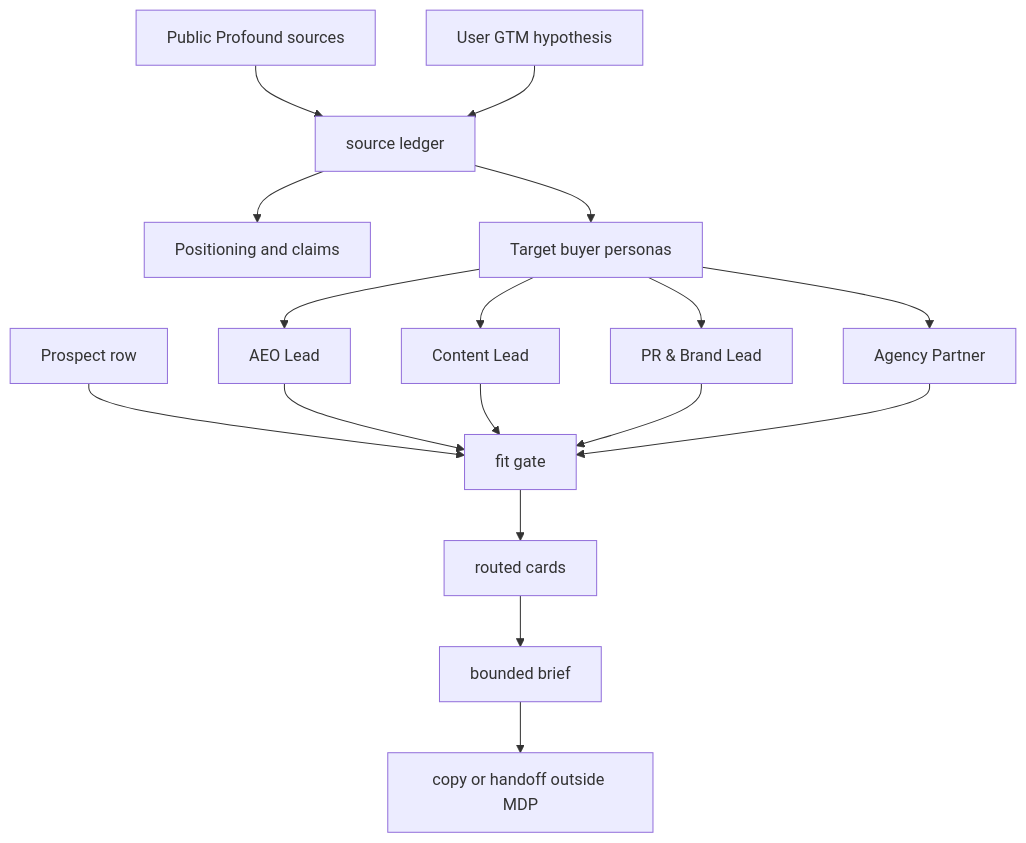
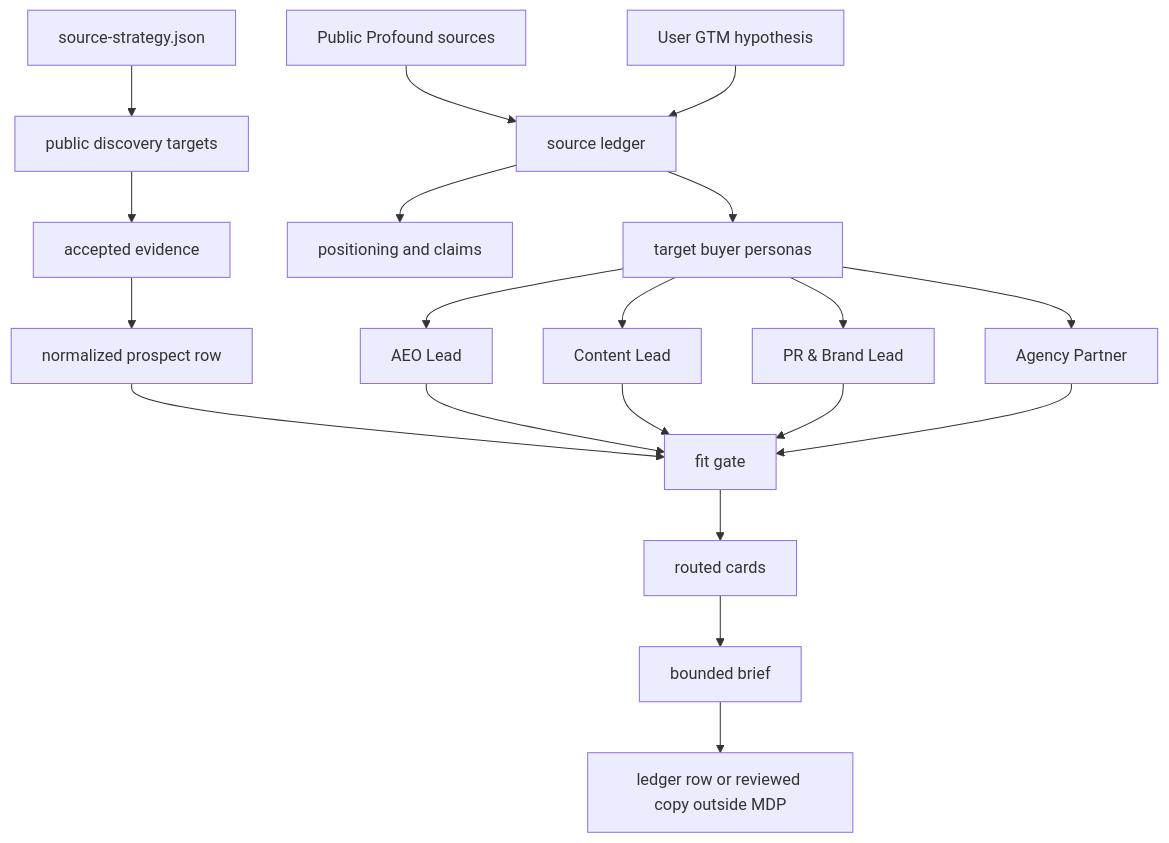
One commit to orchidautomation/message-decision-packs changed the diagram in examples/profound-gtm-vetting/README.md. Above: the diagram before and after it, drawn with Mermaid. The commit also changed other lines of this file and 40 other files, not shown here.

````diff
--- a/examples/profound-gtm-vetting/README.md
+++ b/examples/profound-gtm-vetting/README.md
@@ -36,19 +78,22 @@
 ```mermaid
 flowchart TD
   A["Public Profound sources"] --> B["source ledger"]
+  S["source-strategy.json"] --> T["public discovery targets"]
+  T --> U["accepted evidence"]
   C["User GTM hypothesis"] --> B
-  B --> D["Positioning and claims"]
-  B --> E["Target buyer personas"]
+  B --> D["positioning and claims"]
+  B --> E["target buyer personas"]
   E --> F["AEO Lead"]
   E --> G["Content Lead"]
   E --> H["PR & Brand Lead"]
   E --> I["Agency Partner"]
-  J["Prospect row"] --> K["fit gate"]
+  U --> J["normalized prospect row"]
+  J --> K["fit gate"]
   F --> K
   G --> K
   H --> K
   I --> K
   K --> L["routed cards"]
   L --> M["bounded brief"]
-  M --> N["copy or handoff outside MDP"]
+  M --> N["ledger row or reviewed copy outside MDP"]
 ```
````
